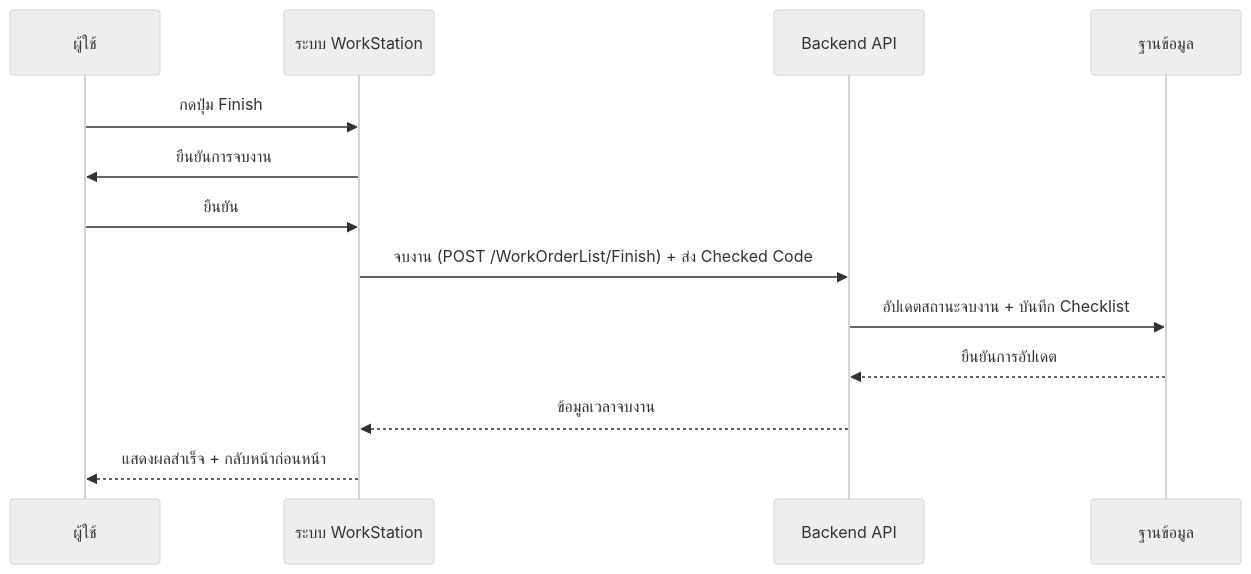
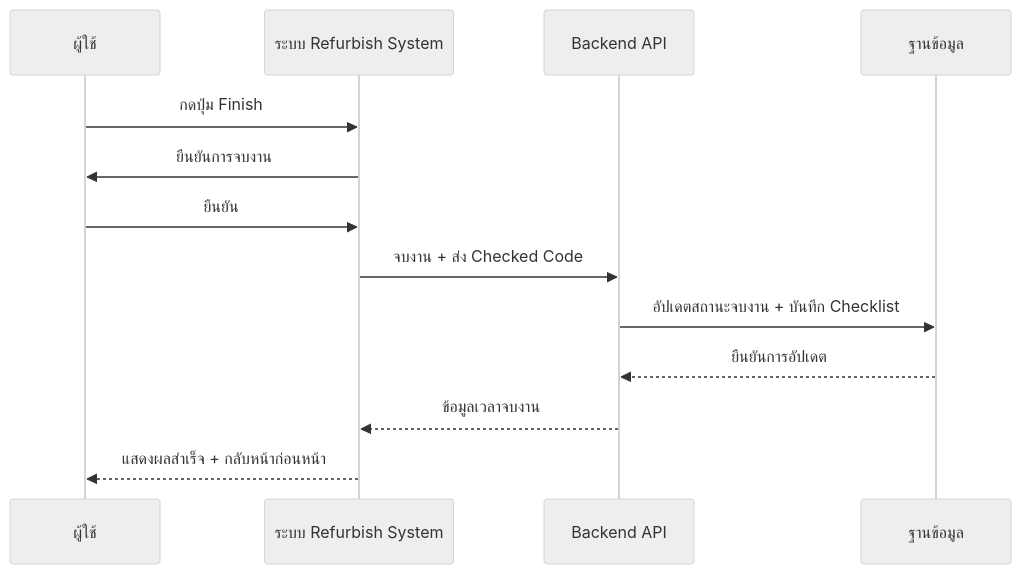
One commit to akkdach/pro-iot-mobile changed the third of 8 diagrams in docs/WorkStation_SequenceDiagram.md. Above: the diagram before and after it, drawn with Mermaid (neutral theme). The commit also changed other lines of this file and 10 other files, not shown here.

````diff
--- a/docs/WorkStation_SequenceDiagram.md
+++ b/docs/WorkStation_SequenceDiagram.md
@@ -48,16 +48,16 @@
 ```mermaid
 sequenceDiagram
     participant U as ผู้ใช้
-    participant WS as ระบบ WorkStation
+    participant WS as ระบบ Refurbish System
     participant API as Backend API
     participant DB as ฐานข้อมูล
 
     U->>WS: กดปุ่ม Finish
     WS->>U: ยืนยันการจบงาน
     U->>WS: ยืนยัน
-    WS->>API: จบงาน (POST /WorkOrderList/Finish) + ส่ง Checked Code
+    WS->>API: จบงาน + ส่ง Checked Code
     API->>DB: อัปเดตสถานะจบงาน + บันทึก Checklist
     DB-->>API: ยืนยันการอัปเดต
     API-->>WS: ข้อมูลเวลาจบงาน
     WS-->>U: แสดงผลสำเร็จ + กลับหน้าก่อนหน้า
 ```
````
